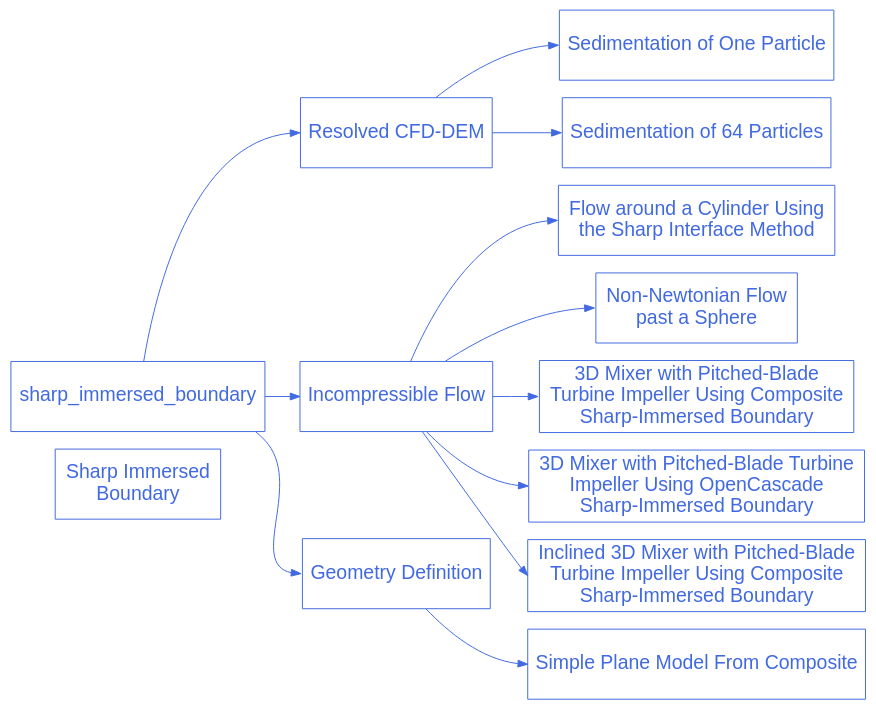
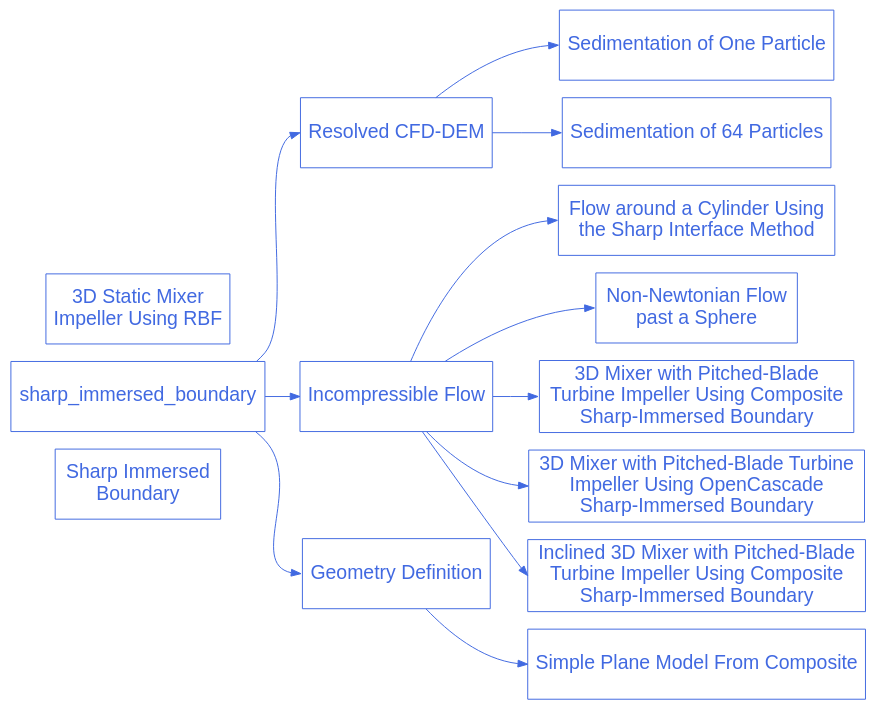
The diagram in doc/source/examples/sharp-immersed-boundary/sharp-immersed-boundary.rst (chaos-polymtl/lethe), drawn with Graphviz before and after one commit. The commit also changed 2 other files, not shown here.

Commit message:
Example text in documentation

```diff
--- a/doc/source/examples/sharp-immersed-boundary/sharp-immersed-boundary.rst
+++ b/doc/source/examples/sharp-immersed-boundary/sharp-immersed-boundary.rst
@@ -14,46 +14,49 @@
 .. graphviz:: 
 
     digraph sharp_diagram {
       graph [bgcolor="transparent", align=true];
       node [fontname=Arial, fontsize=20, shape=box, fontcolor=royalblue, color=royalblue, height=1];
       edge [color=royalblue];
       rankdir="LR";
       size = "9,9";
       
       sharp_immersed_boundary_solver [label="Sharp Immersed \nBoundary", href="https://lethe-cfd.github.io/lethe/documentation/examples/sharp-immersed-boundary/sharp-immersed-boundary.html"];
 
       sharp_1 [label="Resolved CFD-DEM", href="https://lethe-cfd.github.io/lethe/documentation/examples/sharp-immersed-boundary/resolved-cfd-dem.html"];
 
       sharp_1_1 [label="Sedimentation of One Particle", href="https://lethe-cfd.github.io/lethe/documentation/examples/sharp-immersed-boundary/sedimentation-1-particle/sedimentation-1-particle.html"];
 
       sharp_1_2 [label="Sedimentation of 64 Particles", href="https://lethe-cfd.github.io/lethe/documentation/examples/sharp-immersed-boundary/sedimentation-64-particles/sedimentation-64-particles.html"];
 
       sharp_2 [label="Incompressible Flow", href="https://lethe-cfd.github.io/lethe/documentation/examples/sharp-immersed-boundary/incompressible-flow.html"];
 
       sharp_2_1 [label="Flow around a Cylinder Using \nthe Sharp Interface Method", href="https://lethe-cfd.github.io/lethe/documentation/examples/sharp-immersed-boundary/cylinder-with-sharp-interface/cylinder-with-sharp-interface.html", tooltip="Flow around a cylinder using the sharp interface method"];
 
       sharp_2_2 [label="Non-Newtonian Flow \npast a Sphere", href="https://lethe-cfd.github.io/lethe/documentation/examples/sharp-immersed-boundary/sphere-carreau-with-sharp-interface/sphere-carreau-with-sharp-interface.html", tooltip="Non-Newtonian flow past a sphere"];
 
       sharp_2_3 [label="3D Mixer with Pitched-Blade \nTurbine Impeller Using Composite \nSharp-Immersed Boundary", href="https://lethe-cfd.github.io/lethe/documentation/examples/sharp-immersed-boundary/3d-composite-mixer-with-pbt-impeller/3d-composite-mixer-with-pbt-impeller.html", tooltip="3D Mixer with pitched-blade turbine impeller using Composite Sharp-immersed boundary"];
 
       sharp_2_4 [label="3D Mixer with Pitched-Blade Turbine \nImpeller Using OpenCascade \nSharp-Immersed Boundary", href="https://lethe-cfd.github.io/lethe/documentation/examples/sharp-immersed-boundary/3d-opencascade-mixer-with-pbt-impeller/3d-opencascade-mixer-with-pbt-impeller.html", tooltip="3D Mixer with pitched-blade turbine impeller using OpenCascade Sharp-immersed boundary"];
-      
+
       sharp_2_5 [label="Inclined 3D Mixer with Pitched-Blade \nTurbine Impeller Using Composite \nSharp-Immersed Boundary", href="https://lethe-cfd.github.io/lethe/documentation/examples/sharp-immersed-boundary/inclined-3d-composite-mixer-with-pbt-impeller/inclined-3d-composite-mixer-with-pbt-impeller.html", tooltip="Inclined 3D mixer with pitched-blade turbine impeller using composite sharp-immersed boundary"];
       
+      sharp_2_6 [label="3D Static Mixer \nImpeller Using RBF", href="https://lethe-cfd.github.io/lethe/documentation/examples/sharp-immersed-boundary/3d-rbf-static-mixer/3d-rbf-static-mixer.html", tooltip="3D Static Mixer \nImpeller Using RBF Sharp-immersed boundary"];
+
+      sharp_3 [label="Geometry Definition", href="https://lethe-cfd.github.io/lethe/examples/sharp-immersed-boundary/geometry-definition.html"];
       sharp_3 [label="Geometry Definition", href="https://lethe-cfd.github.io/lethe/documentation/examples/sharp-immersed-boundary/geometry-definition.html"];
-      
+
       sharp_3_1 [label="Simple Plane Model From Composite", href="https://lethe-cfd.github.io/lethe/documentation/examples/sharp-immersed-boundary/sharp-immersed-boundary/simple-plane-model-from-composite.html", tooltip="Simple Plane Model From Composite"];
 
       sharp_immersed_boundary -> sharp_1:w;
       sharp_immersed_boundary -> sharp_2:w;
       sharp_immersed_boundary -> sharp_3:w;
 
       sharp_1 -> sharp_1_1:w;
       sharp_1 -> sharp_1_2:w;
       sharp_2 -> sharp_2_1:w;
       sharp_2 -> sharp_2_2:w;
       sharp_2 -> sharp_2_3:w;
       sharp_2 -> sharp_2_4:w;
       sharp_2 -> sharp_2_5:w;
       sharp_3 -> sharp_3_1:w;
     }
```
